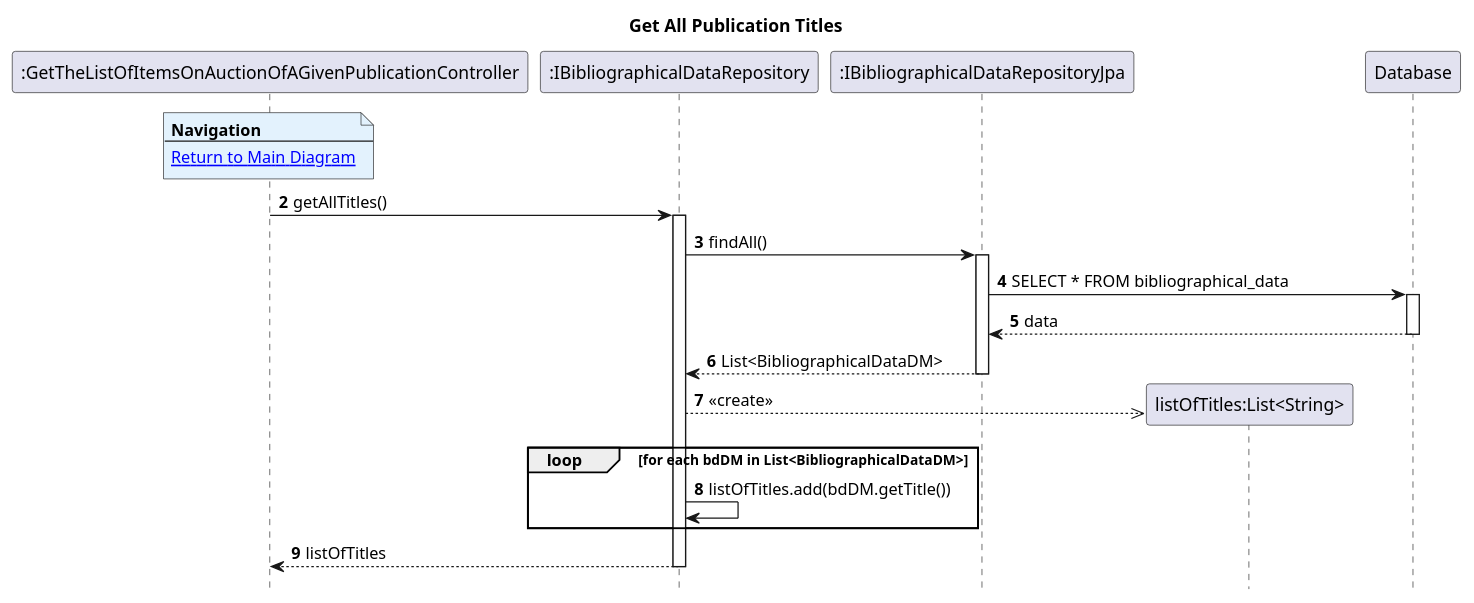
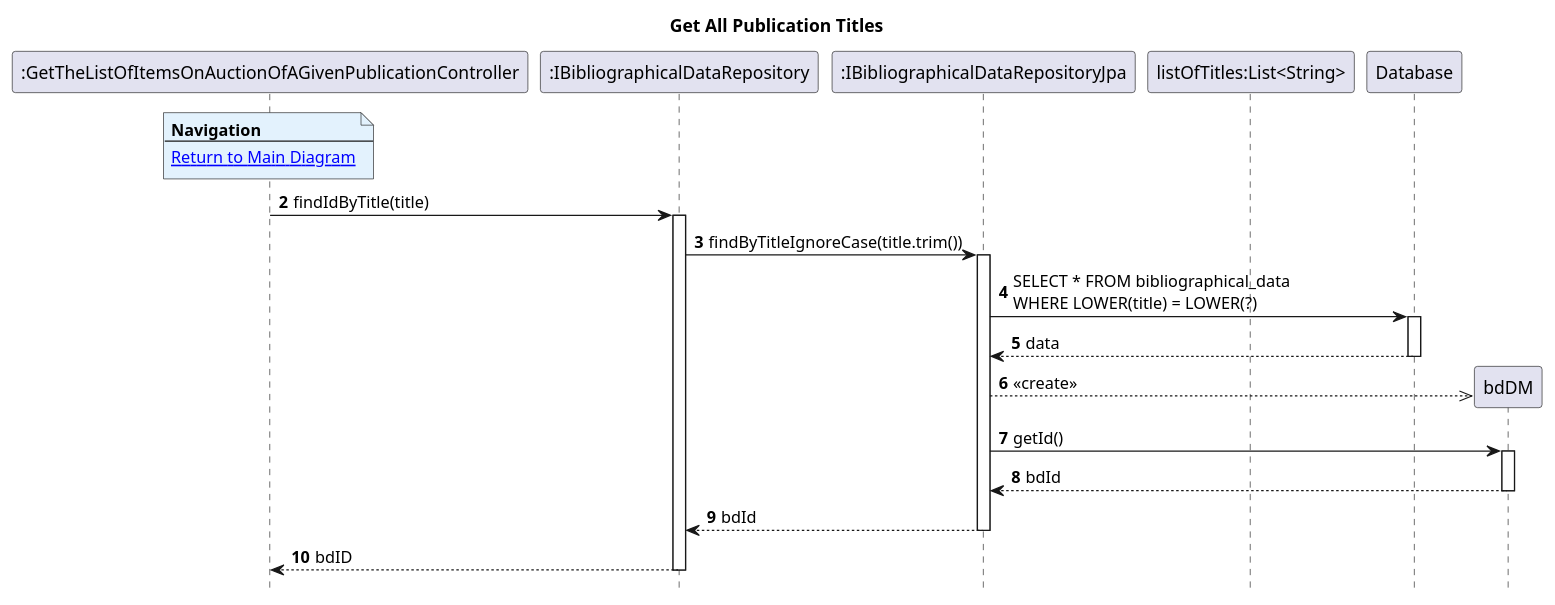
The diagram in Diagrams/SequenceDiagrams/N2/To-Get-List-Of-Items-Auction-Of-Given-Publication/2.GetAllPublicationTitles.puml (AndrePereiraGitH/SWitCH-Project-Team_A), drawn with PlantUML before and after one commit. The commit also changed 6 other files, not shown here.

```diff
--- a/Diagrams/SequenceDiagrams/N2/To-Get-List-Of-Items-Auction-Of-Given-Publication/2.GetAllPublicationTitles.puml
+++ b/Diagrams/SequenceDiagrams/N2/To-Get-List-Of-Items-Auction-Of-Given-Publication/2.GetAllPublicationTitles.puml
@@ -1,37 +1,37 @@
 @startuml
 hide footbox
 autonumber 2
 title Get All Publication Titles
 
 participant ":GetTheListOfItemsOnAuctionOfAGivenPublicationController" as Ctrl
 participant ":IBibliographicalDataRepository" as bdRepo
 participant ":IBibliographicalDataRepositoryJpa" as bdJpa
 participant "listOfTitles:List<String>" as listOfTitles
 participant "Database" as db
 
 note over Ctrl #E3F2FD
 <b>Navigation</b>
 ---
 [[1.MainDiagram.puml Return to Main Diagram]]
 end note
 
-Ctrl -> bdRepo: getAllTitles()
+Ctrl -> bdRepo: findIdByTitle(title)
 activate bdRepo
-bdRepo -> bdJpa: findAll()
+bdRepo -> bdJpa: findByTitleIgnoreCase(title.trim())
 activate bdJpa
-bdJpa -> db: SELECT * FROM bibliographical_data
+bdJpa -> db: SELECT * FROM bibliographical_data\nWHERE LOWER(title) = LOWER(?)
 activate db
 db --> bdJpa: data
 deactivate db
-bdJpa --> bdRepo: List<BibliographicalDataDM>
+bdJpa -->> bdDM** :<<create>>
+bdJpa -> bdDM: getId()
+activate bdDM
+bdDM --> bdJpa: bdId
+deactivate bdDM
+
+bdJpa --> bdRepo: bdId
 deactivate bdJpa
-
-bdRepo -->> listOfTitles **: <<create>>
-loop for each bdDM in List<BibliographicalDataDM>
-    bdRepo -> bdRepo: listOfTitles.add(bdDM.getTitle())
-end
-
-bdRepo --> Ctrl: listOfTitles
+bdRepo --> Ctrl: bdID
 deactivate bdRepo
 
 @enduml
```
